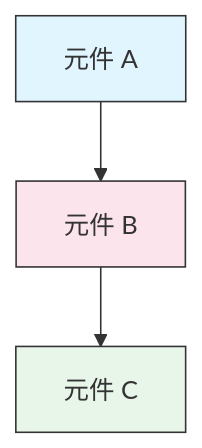
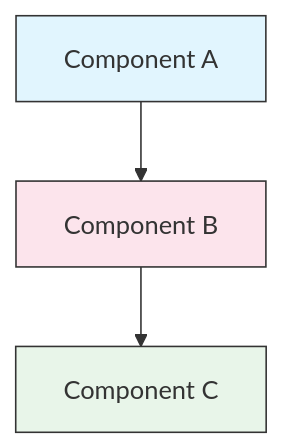
The diagram in STYLE_GUIDE.md (huckly/claude-howto-zh-tw), drawn with Mermaid before and after one commit. The commit also changed other lines of this file and 41 other files, not shown here.

````diff
--- a/STYLE_GUIDE.md
+++ b/STYLE_GUIDE.md
@@ -398,9 +398,9 @@
 ```mermaid
 graph TB
-    A["元件 A"] --> B["元件 B"]
-    B --> C["元件 C"]
+    A["Component A"] --> B["Component B"]
+    B --> C["Component C"]
 
     style A fill:#e1f5fe,stroke:#333,color:#333
     style B fill:#fce4ec,stroke:#333,color:#333
     style C fill:#e8f5e9,stroke:#333,color:#333
 ```
````
